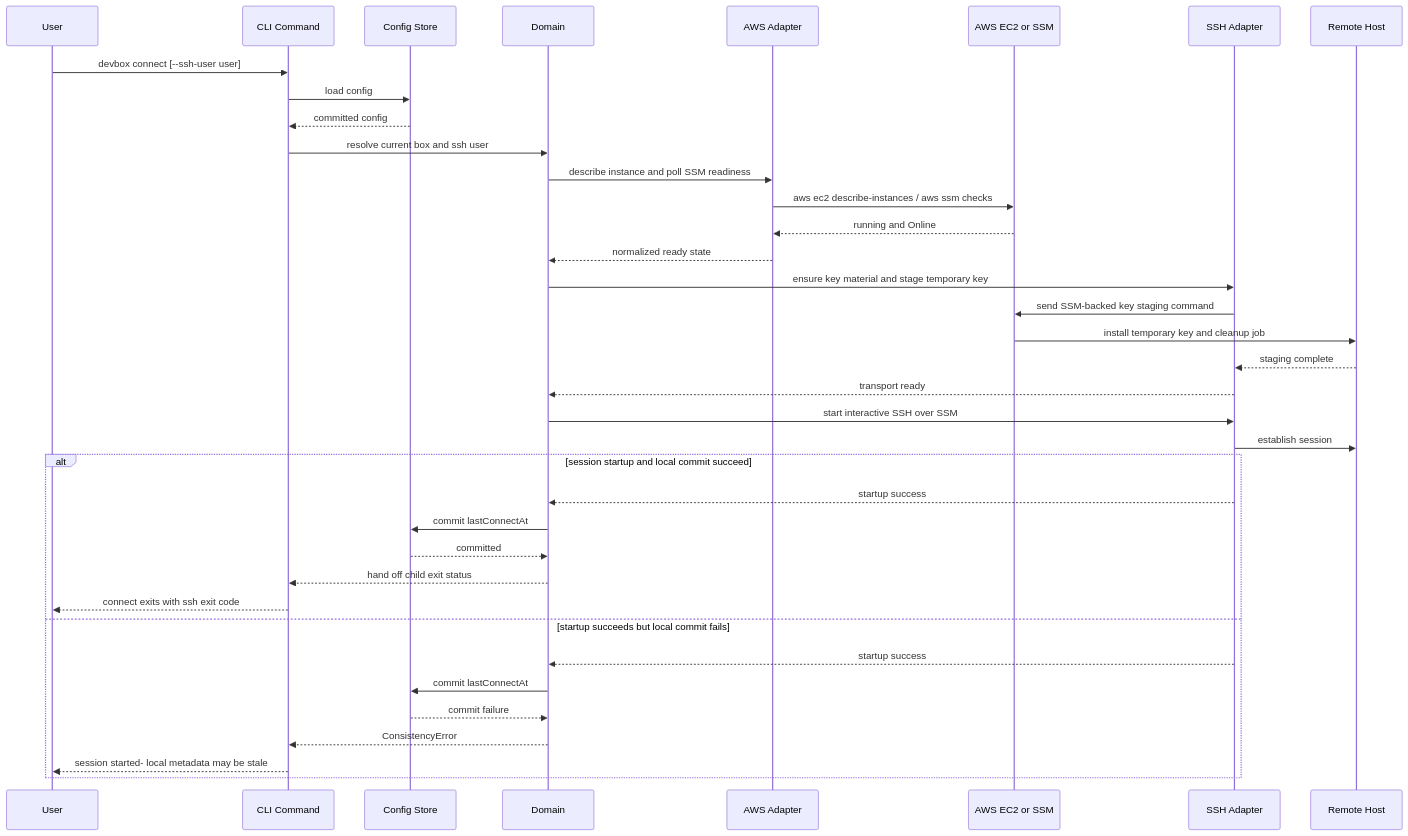
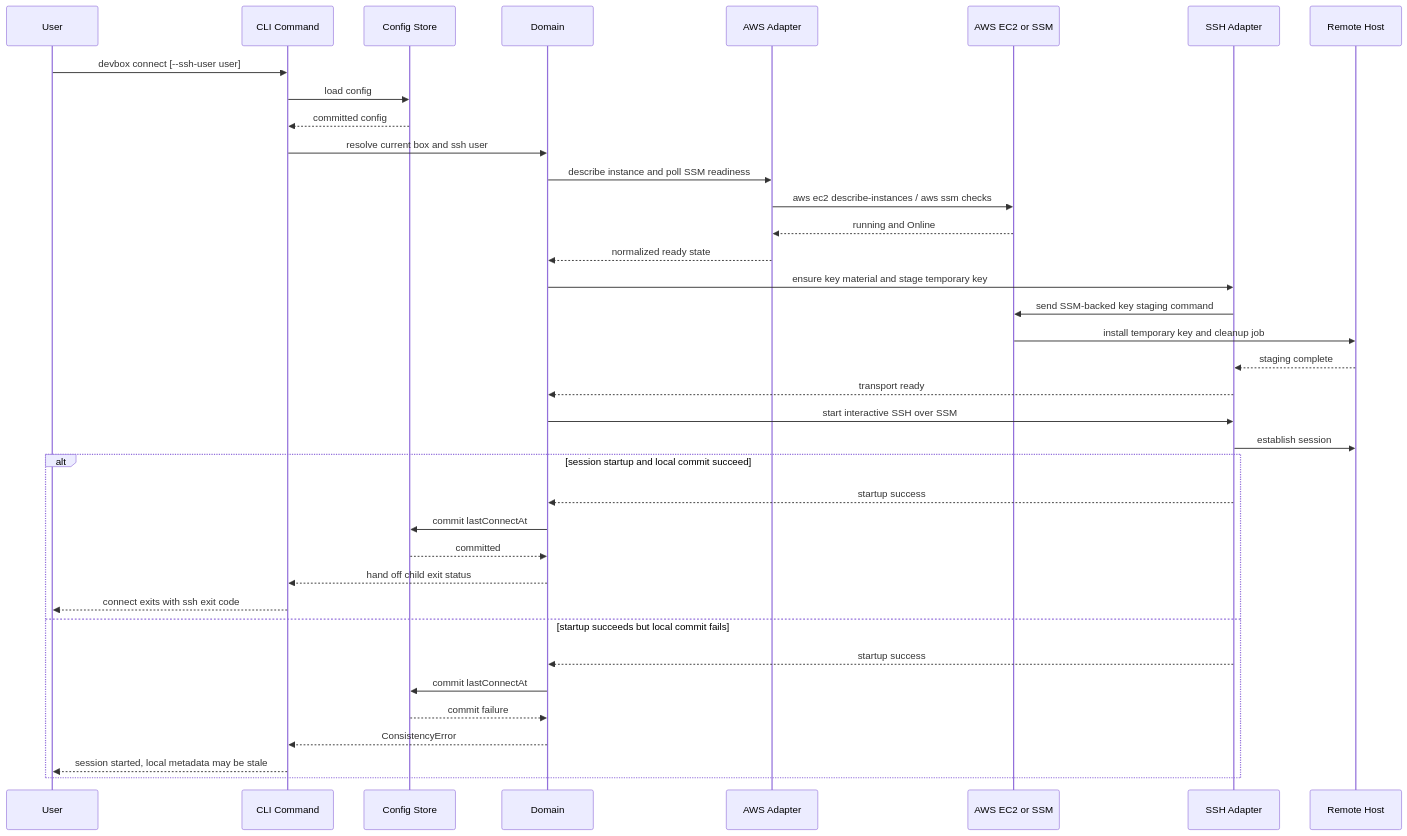
One commit to ohpauleez/devbox changed diagram 13 of 15 in docs/design12.md. Above: the diagram before and after it, drawn with Mermaid. The commit also changed other lines of this file, not shown here.

````diff
--- a/docs/design12.md
+++ b/docs/design12.md
@@ -922,40 +955,40 @@
 ```mermaid
 sequenceDiagram
     participant U as User
     participant C as CLI Command
     participant S as Config Store
     participant D as Domain
     participant A as AWS Adapter
     participant EC2 as AWS EC2 or SSM
     participant SSH as SSH Adapter
     participant H as Remote Host
 
     U->>C: devbox connect [--ssh-user user]
     C->>S: load config
     S-->>C: committed config
     C->>D: resolve current box and ssh user
     D->>A: describe instance and poll SSM readiness
     A->>EC2: aws ec2 describe-instances / aws ssm checks
     EC2-->>A: running and Online
     A-->>D: normalized ready state
     D->>SSH: ensure key material and stage temporary key
     SSH->>EC2: send SSM-backed key staging command
     EC2->>H: install temporary key and cleanup job
     H-->>SSH: staging complete
     SSH-->>D: transport ready
     D->>SSH: start interactive SSH over SSM
     SSH->>H: establish session
     alt session startup and local commit succeed
         SSH-->>D: startup success
         D->>S: commit lastConnectAt
         S-->>D: committed
         D-->>C: hand off child exit status
         C-->>U: connect exits with ssh exit code
     else startup succeeds but local commit fails
         SSH-->>D: startup success
         D->>S: commit lastConnectAt
         S-->>D: commit failure
         D-->>C: ConsistencyError
-        C-->>U: session started- local metadata may be stale
+        C-->>U: session started, local metadata may be stale
     end
 ```
````
